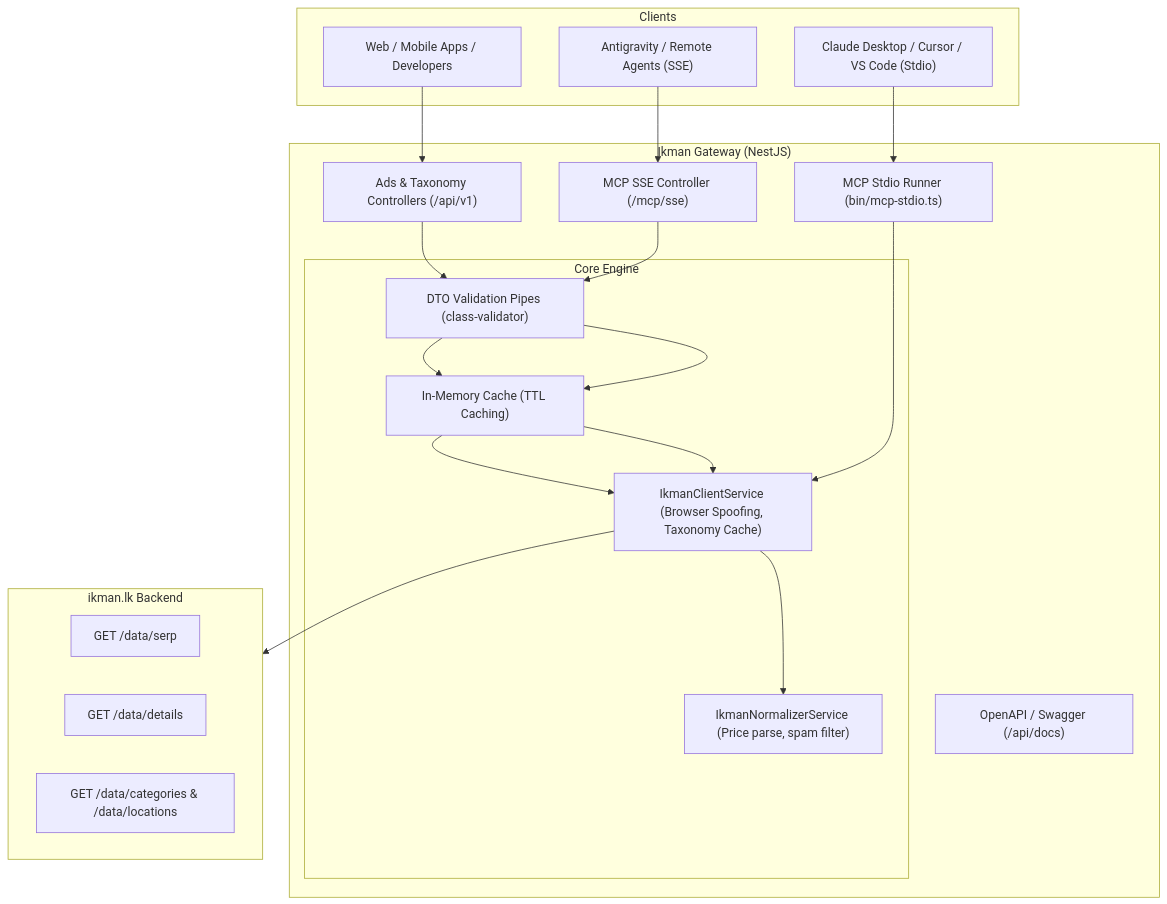
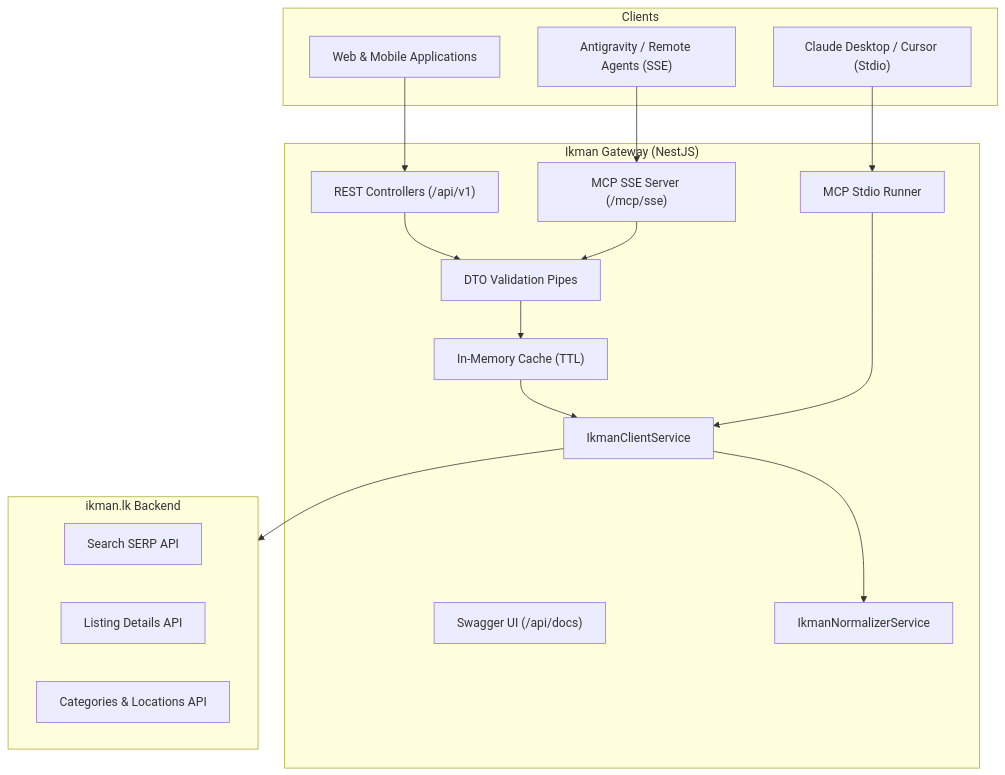
One commit to seyone22/ikman-gateway changed the diagram in README.md. Above: the diagram before and after it, drawn with Mermaid. The commit also changed other lines of this file, not shown here.

Commit message:
fix(docs): repair mermaid diagram rendering and remove all emojis

````diff
--- a/README.md
+++ b/README.md
@@ -52,39 +52,38 @@
 ```mermaid
 flowchart TD
     subgraph Clients["Clients"]
-        WebClient["Web / Mobile Apps / Developers"]
-        AIDesktop["Claude Desktop / Cursor / VS Code (Stdio)"]
+        WebClient["Web & Mobile Applications"]
+        AIDesktop["Claude Desktop / Cursor (Stdio)"]
         AIRemote["Antigravity / Remote Agents (SSE)"]
     end
 
     subgraph Gateway["Ikman Gateway (NestJS)"]
-        Swagger["OpenAPI / Swagger (/api/docs)"]
-        RESTCtrl["Ads & Taxonomy Controllers (/api/v1)"]
-        MCPStdio["MCP Stdio Runner (bin/mcp-stdio.ts)"]
-        MCPSse["MCP SSE Controller (/mcp/sse)"]
-        
-        subgraph Services["Core Engine"]
-            Validation["DTO Validation Pipes (class-validator)"]
-            Cache["In-Memory Cache (TTL Caching)"]
-            Normalizer["IkmanNormalizerService (Price parse, spam filter)"]
-            Client["IkmanClientService (Browser Spoofing, Taxonomy Cache)"]
-        end
+        RESTCtrl["REST Controllers (/api/v1)"]
+        MCPSse["MCP SSE Server (/mcp/sse)"]
+        MCPStdio["MCP Stdio Runner"]
+        Swagger["Swagger UI (/api/docs)"]
+        Validation["DTO Validation Pipes"]
+        Cache["In-Memory Cache (TTL)"]
+        Client["IkmanClientService"]
+        Normalizer["IkmanNormalizerService"]
     end
 
     subgraph Upstream["ikman.lk Backend"]
-        SerpAPI["GET /data/serp"]
-        DetailAPI["GET /data/details"]
-        TaxonomyAPI["GET /data/categories & /data/locations"]
+        SerpAPI["Search SERP API"]
+        DetailAPI["Listing Details API"]
+        TaxonomyAPI["Categories & Locations API"]
     end
 
     WebClient --> RESTCtrl
     AIRemote --> MCPSse
     AIDesktop --> MCPStdio
-    
-    RESTCtrl --> Validation --> Cache --> Client
-    MCPSse --> Validation --> Cache --> Client
+
+    RESTCtrl --> Validation
+    MCPSse --> Validation
+    Validation --> Cache
+    Cache --> Client
     MCPStdio --> Client
 
+    Client --> Upstream
     Client --> Normalizer
-    Client --> Upstream
 ```
````
